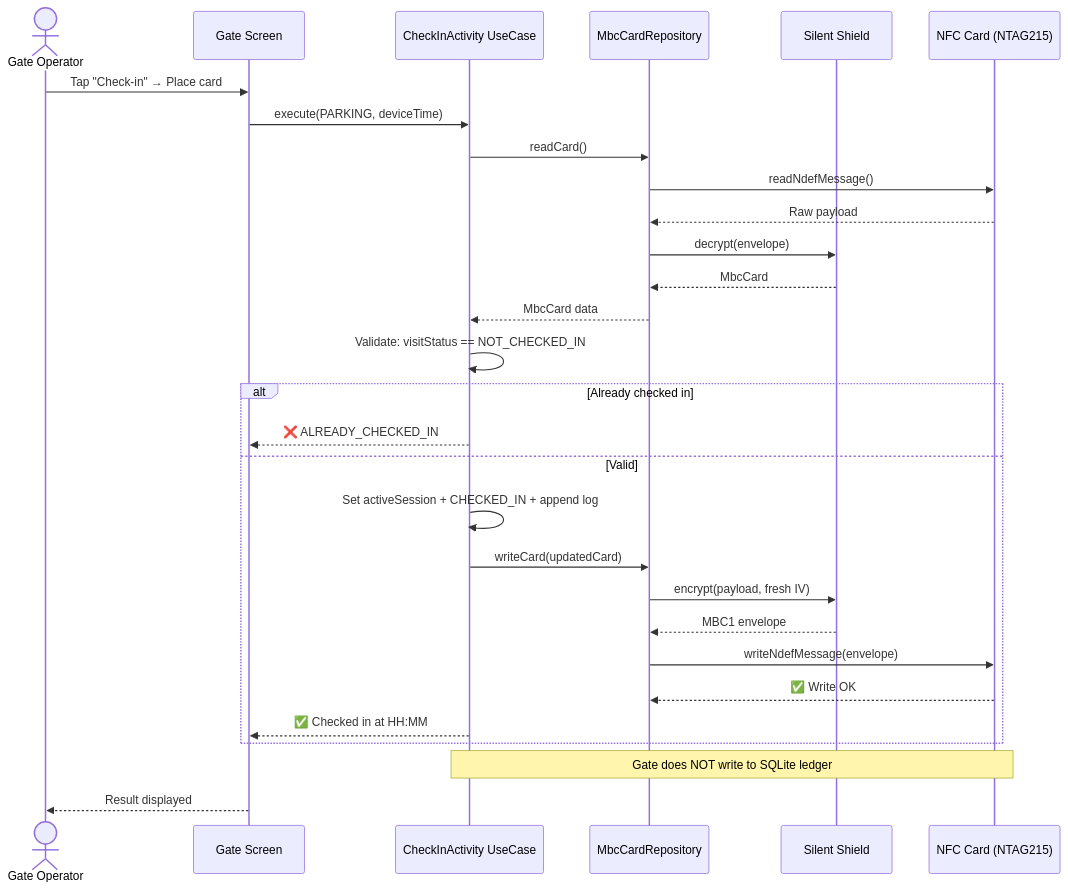
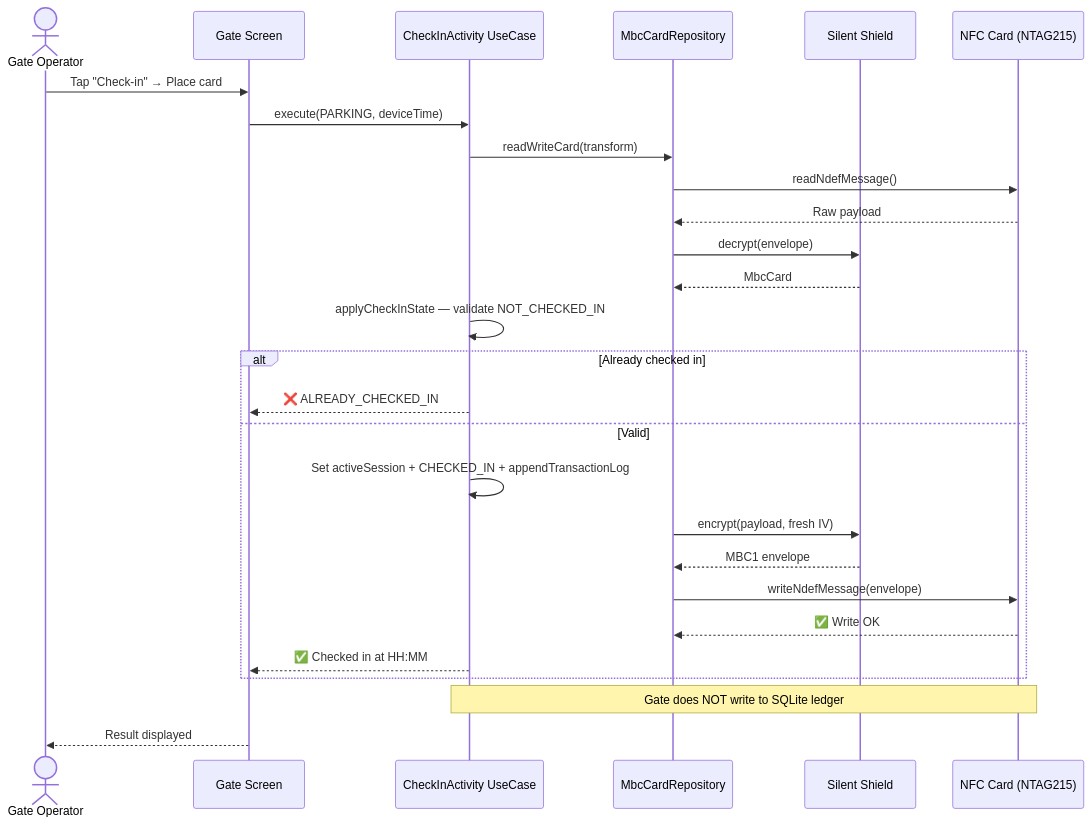
Before and after one commit to Schitzos/mbc-nfc: the fourth of 15 diagrams in docs/PRESENTATION.md, drawn with Mermaid. The commit also changed other lines of this file, not shown here.

````diff
--- a/docs/PRESENTATION.md
+++ b/docs/PRESENTATION.md
@@ -211,32 +208,30 @@
 ```mermaid
 sequenceDiagram
     actor Op as Gate Operator
     participant UI as Gate Screen
     participant UC as CheckInActivity UseCase
     participant Repo as MbcCardRepository
     participant Shield as Silent Shield
     participant Card as NFC Card (NTAG215)
 
     Op->>UI: Tap "Check-in" → Place card
     UI->>UC: execute(PARKING, deviceTime)
-    UC->>Repo: readCard()
+    UC->>Repo: readWriteCard(transform)
     Repo->>Card: readNdefMessage()
     Card-->>Repo: Raw payload
     Repo->>Shield: decrypt(envelope)
     Shield-->>Repo: MbcCard
-    Repo-->>UC: MbcCard data
-    UC->>UC: Validate: visitStatus == NOT_CHECKED_IN
+    UC->>UC: applyCheckInState — validate NOT_CHECKED_IN
     alt Already checked in
         UC-->>UI: ❌ ALREADY_CHECKED_IN
     else Valid
-        UC->>UC: Set activeSession + CHECKED_IN + append log
-        UC->>Repo: writeCard(updatedCard)
+        UC->>UC: Set activeSession + CHECKED_IN + appendTransactionLog
         Repo->>Shield: encrypt(payload, fresh IV)
         Shield-->>Repo: MBC1 envelope
         Repo->>Card: writeNdefMessage(envelope)
         Card-->>Repo: ✅ Write OK
         UC-->>UI: ✅ Checked in at HH:MM
     end
     Note over UC,Card: Gate does NOT write to SQLite ledger
     UI-->>Op: Result displayed
 ```
````
